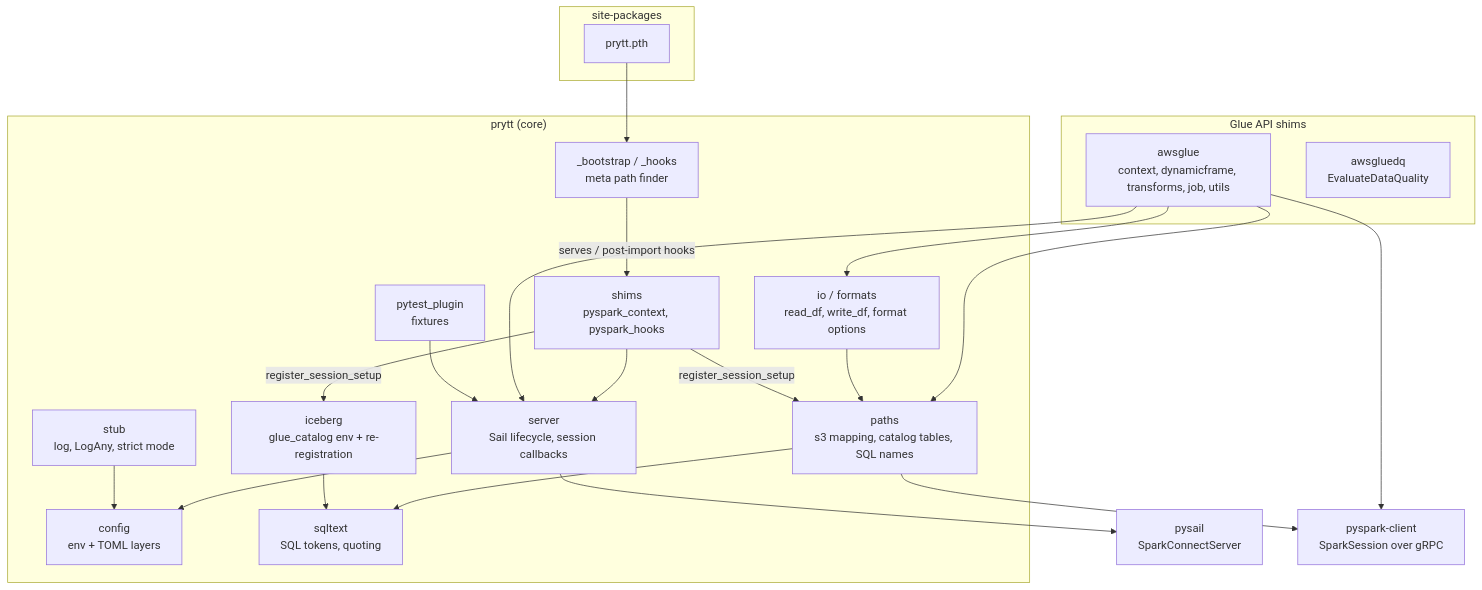
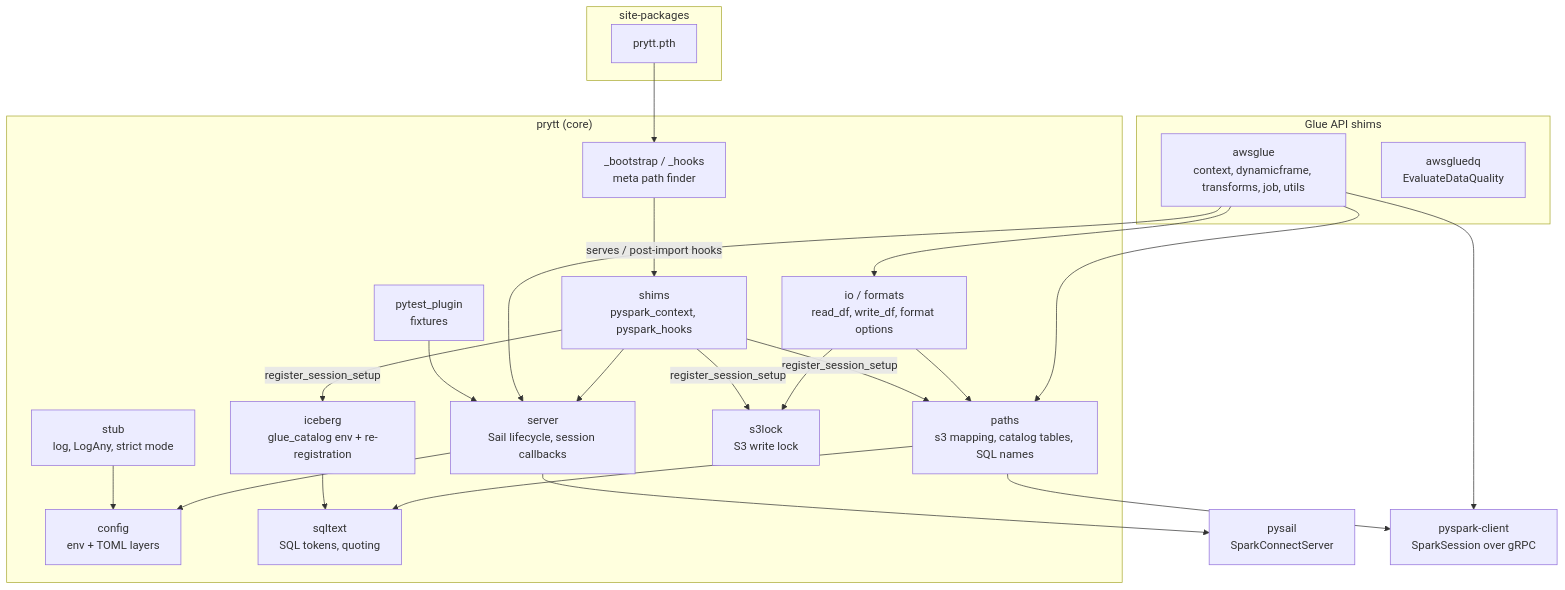
Before and after one commit to JoshuaBotha/prytt: the second of 4 diagrams in docs/architecture/overview.md, drawn with Mermaid. The commit also changed other lines of this file and 17 other files, not shown here.

Commit message:
feat!: S3 write lock (#20)

````diff
--- a/docs/architecture/overview.md
+++ b/docs/architecture/overview.md
@@ -62,42 +62,45 @@
 ```mermaid
 flowchart TB
     subgraph site["site-packages"]
         pth["prytt.pth"]
     end
     subgraph prytt["prytt (core)"]
         boot["_bootstrap / _hooks<br/>meta path finder"]
         shims["shims<br/>pyspark_context, pyspark_hooks"]
         server["server<br/>Sail lifecycle, session callbacks"]
         config["config<br/>env + TOML layers"]
         paths["paths<br/>s3 mapping, catalog tables, SQL names"]
         sqltext["sqltext<br/>SQL tokens, quoting"]
         iceberg["iceberg<br/>glue_catalog env + re-registration"]
+        s3lock["s3lock<br/>S3 write lock"]
         io["io / formats<br/>read_df, write_df, format options"]
         stub["stub<br/>log, LogAny, strict mode"]
         plugin["pytest_plugin<br/>fixtures"]
     end
     subgraph api["Glue API shims"]
         awsglue["awsglue<br/>context, dynamicframe, transforms, job, utils"]
         dq["awsgluedq<br/>EvaluateDataQuality"]
     end
     pysail["pysail<br/>SparkConnectServer"]
     client["pyspark-client<br/>SparkSession over gRPC"]
 
     pth --> boot
     boot -->|serves / post-import hooks| shims
     shims --> server
     awsglue --> server
     awsglue --> io
     awsglue --> paths
     io --> paths
+    io --> s3lock
     server --> pysail
     server --> config
     paths --> sqltext
     iceberg --> sqltext
     shims -->|register_session_setup| paths
     shims -->|register_session_setup| iceberg
+    shims -->|register_session_setup| s3lock
     awsglue --> client
     paths --> client
     plugin --> server
     stub --> config
 ```
````
